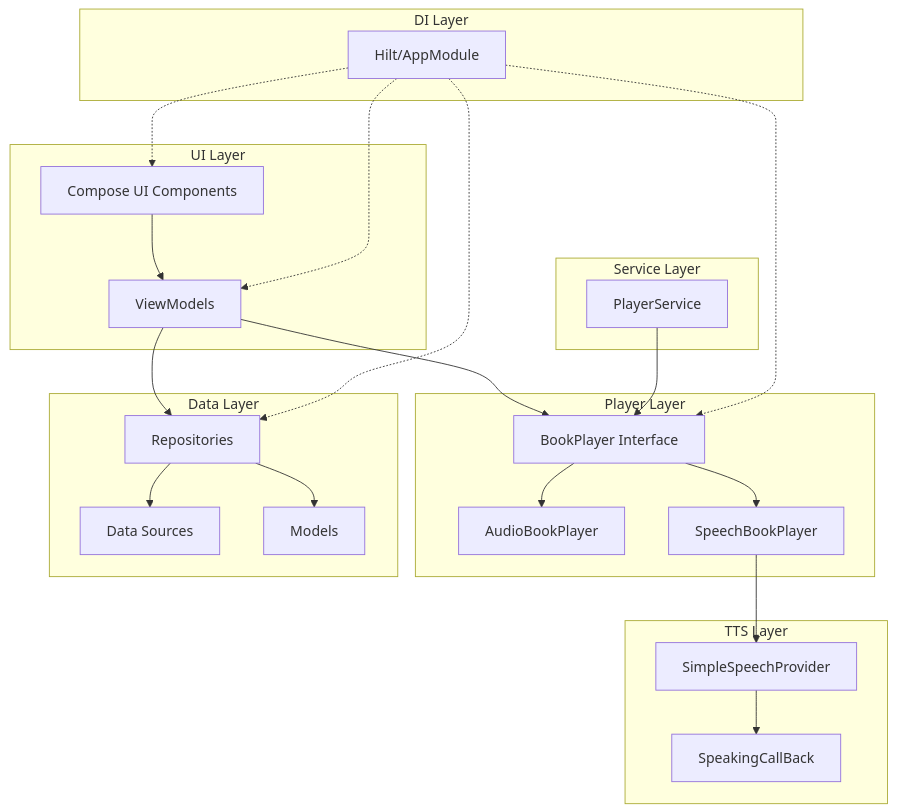
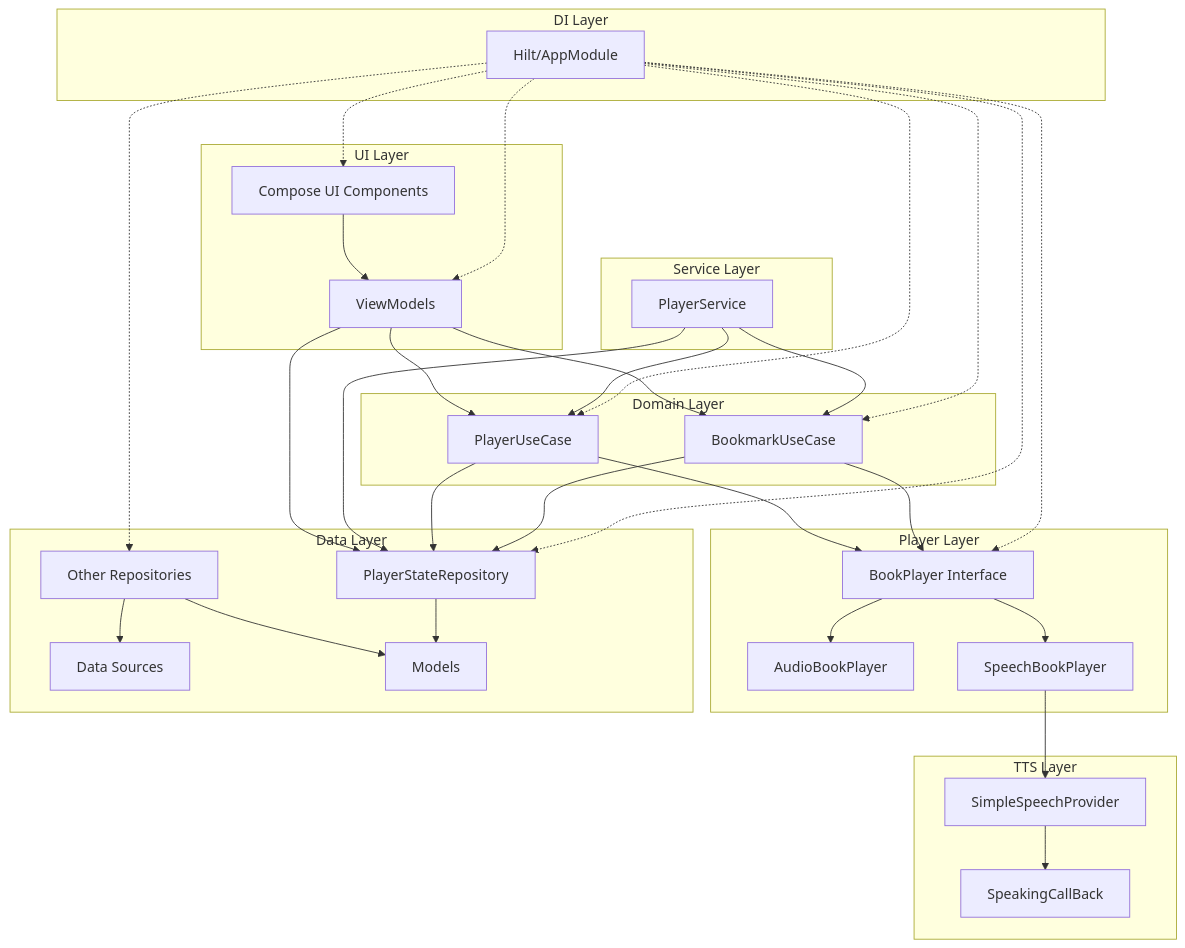
The second of 7 diagrams in docs/ARCHITECTURE.md (answersolutionsapps/runandread-android), drawn with Mermaid before and after one commit. The commit also changed other lines of this file and 1 other file, not shown here.

````diff
--- a/docs/ARCHITECTURE.md
+++ b/docs/ARCHITECTURE.md
@@ -80,47 +90,64 @@
 ```mermaid
 graph TB
     subgraph "UI Layer"
         UI[Compose UI Components]
         VM[ViewModels]
         UI --> VM
+    end
+
+    subgraph "Domain Layer"
+        PUC[PlayerUseCase]
+        BUC[BookmarkUseCase]
     end
 
     subgraph "Player Layer"
         BP[BookPlayer Interface]
         ABP[AudioBookPlayer]
         SBP[SpeechBookPlayer]
         BP --> ABP
         BP --> SBP
     end
 
     subgraph "TTS Layer"
         SSP[SimpleSpeechProvider]
         SCB[SpeakingCallBack]
         SSP --> SCB
     end
 
     subgraph "Data Layer"
-        REPO[Repositories]
+        PSR[PlayerStateRepository]
+        REPO[Other Repositories]
         DS[Data Sources]
         MODEL[Models]
         REPO --> DS
         REPO --> MODEL
+        PSR --> MODEL
     end
 
     subgraph "Service Layer"
         PS[PlayerService]
     end
 
     subgraph "DI Layer"
         HILT[Hilt/AppModule]
     end
 
-    VM --> REPO
-    VM --> BP
+    VM --> PUC
+    VM --> BUC
+    VM --> PSR
+    PS --> PUC
+    PS --> BUC
+    PS --> PSR
+    PUC --> BP
+    BUC --> BP
+    PUC --> PSR
+    BUC --> PSR
     SBP --> SSP
-    PS --> BP
     HILT -.-> UI
     HILT -.-> VM
+    HILT -.-> PUC
+    HILT -.-> BUC
+    HILT -.-> PSR
     HILT -.-> REPO
     HILT -.-> BP
 ```
````
